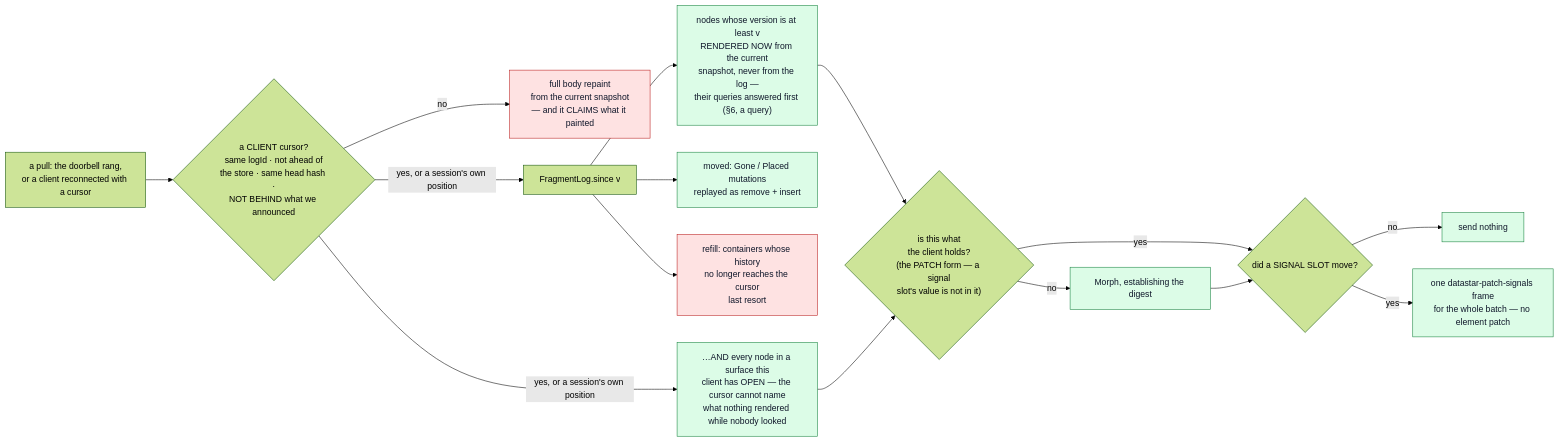
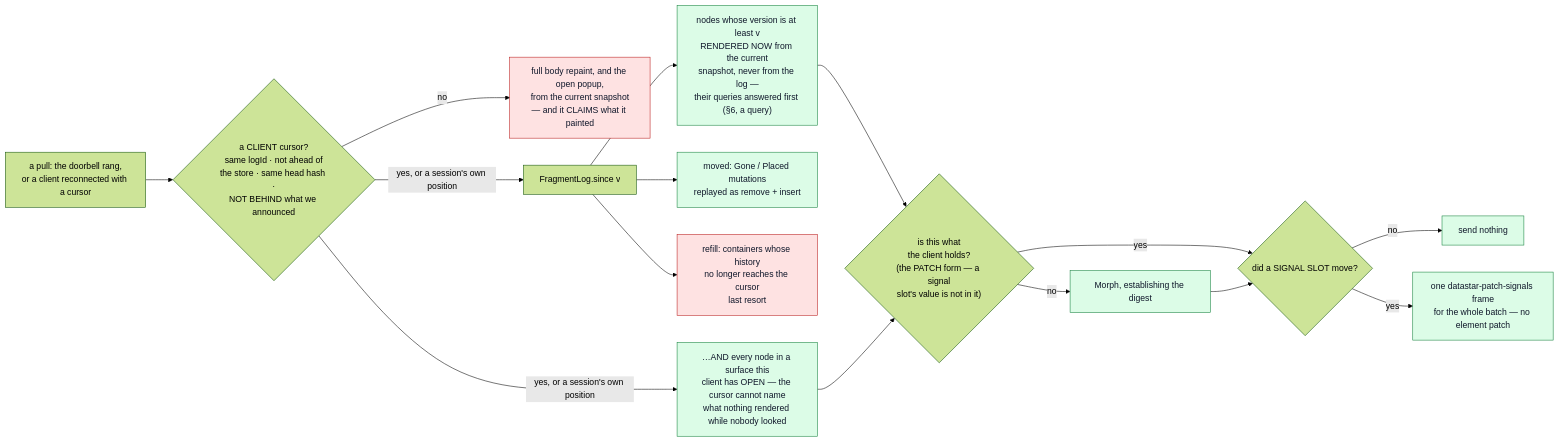
One commit to perok/functional-home-assistant changed the sixth of 6 diagrams in docs/architecture-rendering-pipeline.md. Above: the diagram before and after it, drawn with Mermaid (forest theme). The commit also changed other lines of this file and 5 other files, not shown here.

````diff
--- a/docs/architecture-rendering-pipeline.md
+++ b/docs/architecture-rendering-pipeline.md
@@ -879,22 +884,22 @@
 ```mermaid
 flowchart LR
   RC["a pull: the doorbell rang,<br/>or a client reconnected with a cursor"] --> Q{"a CLIENT cursor?<br/>same logId · not ahead of<br/>the store · same head hash ·<br/>NOT BEHIND what we announced"}
-  Q -->|no| REPAINT["full body repaint<br/>from the current snapshot<br/>— and it CLAIMS what it painted"]
+  Q -->|no| REPAINT["full body repaint, and the open popup,<br/>from the current snapshot<br/>— and it CLAIMS what it painted"]
   Q -->|yes, or a session's own position| SINCE["FragmentLog.since v"]
   SINCE --> N["nodes whose version is at least v<br/>RENDERED NOW from the current<br/>snapshot, never from the log —<br/>their queries answered first (§6, a query)"]
   SINCE --> M["moved: Gone / Placed mutations<br/>replayed as remove + insert"]
   SINCE --> R["refill: containers whose history<br/>no longer reaches the cursor<br/>last resort"]
   Q -->|yes, or a session's own position| OPENN["…AND every node in a surface this<br/>client has OPEN — the cursor cannot name<br/>what nothing rendered while nobody looked"]
   N --> HOLD{"is this what<br/>the client holds?<br/>(the PATCH form — a signal<br/>slot's value is not in it)"}
   OPENN --> HOLD
   HOLD -->|yes| SIG{"did a SIGNAL SLOT move?"}
   HOLD -->|no| SEND["Morph, establishing the digest"]
   SEND --> SIG
   SIG -->|no| DROP["send nothing"]
   SIG -->|yes| FRAME["one datastar-patch-signals frame<br/>for the whole batch — no element patch"]
 
   classDef ok fill:#dcfce7,stroke:#15803d,color:#0f172a
   classDef bad fill:#fee2e2,stroke:#b91c1c,color:#0f172a
   class N,M,OPENN,SEND,DROP,FRAME ok
   class REPAINT,R bad
 ```
````
